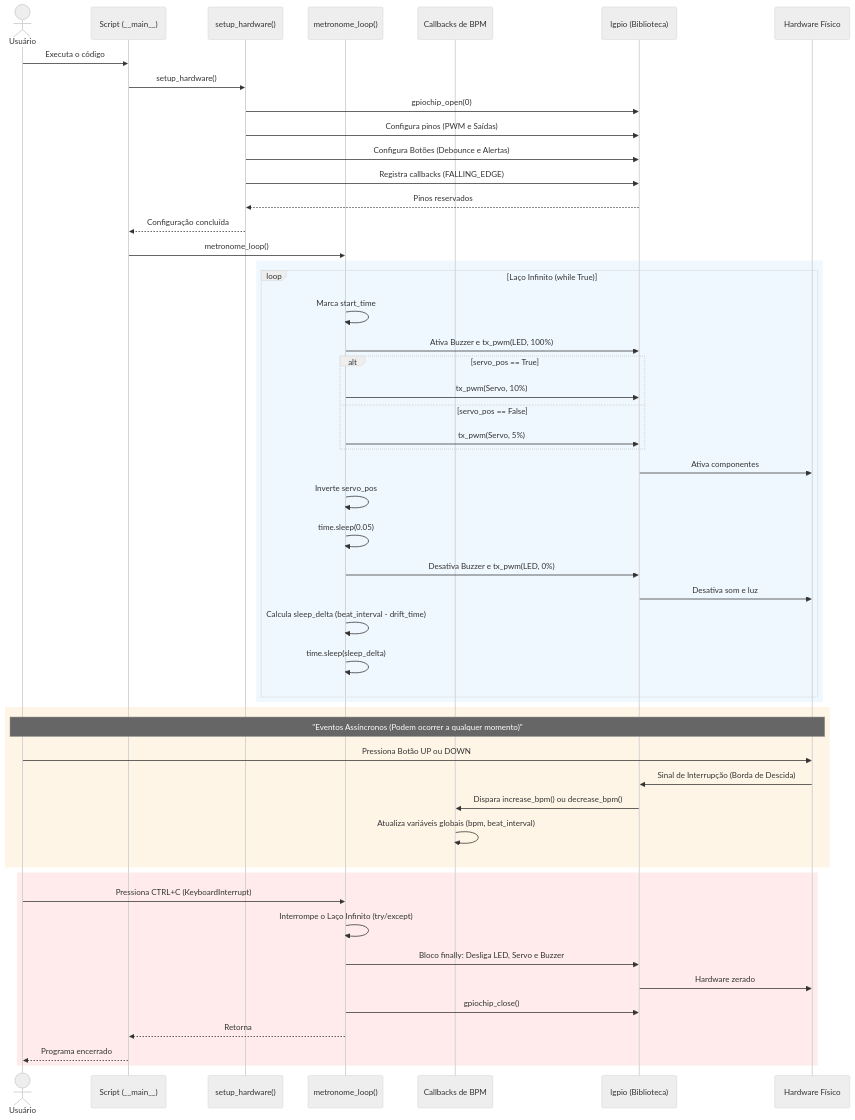
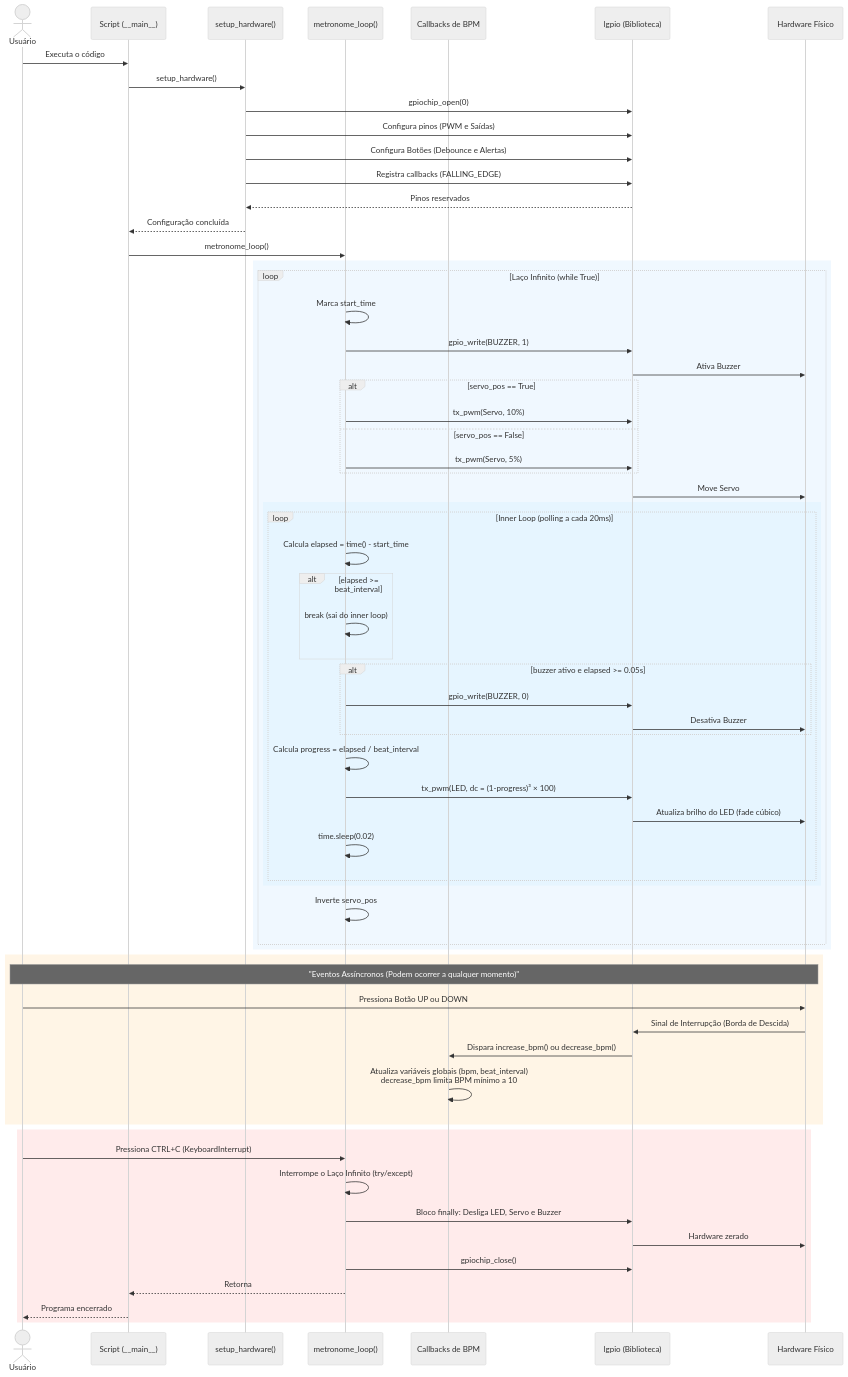
Before and after one commit to arturing/PCS3732-Group-W: the second of 2 diagrams in experimento7/readme.md, drawn with Mermaid (neutral theme). The commit also changed other lines of this file, not shown here.

Commit message:
Atualizar diagramas

````diff
--- a/experimento7/readme.md
+++ b/experimento7/readme.md
@@ -57,64 +62,76 @@
 ```mermaid
 sequenceDiagram
     actor Usuario as Usuário
     participant Main as Script (__main__)
     participant Setup as setup_hardware()
     participant MLoop as metronome_loop()
     participant Callback as Callbacks de BPM
     participant LGPIO as lgpio (Biblioteca)
     participant HW as Hardware Físico
 
     Usuario->>Main: Executa o código
     Main->>Setup: setup_hardware()
     Setup->>LGPIO: gpiochip_open(0)
     Setup->>LGPIO: Configura pinos (PWM e Saídas)
     Setup->>LGPIO: Configura Botões (Debounce e Alertas)
     Setup->>LGPIO: Registra callbacks (FALLING_EDGE)
     LGPIO-->>Setup: Pinos reservados
     Setup-->>Main: Configuração concluída
 
     Main->>MLoop: metronome_loop()
     
     rect rgb(240, 248, 255)
         loop Laço Infinito (while True)
             MLoop->>MLoop: Marca start_time
-            MLoop->>LGPIO: Ativa Buzzer e tx_pwm(LED, 100%)
+            MLoop->>LGPIO: gpio_write(BUZZER, 1)
+            LGPIO->>HW: Ativa Buzzer
             
             alt servo_pos == True
                 MLoop->>LGPIO: tx_pwm(Servo, 10%)
             else servo_pos == False
                 MLoop->>LGPIO: tx_pwm(Servo, 5%)
             end
             
-            LGPIO->>HW: Ativa componentes
+            LGPIO->>HW: Move Servo
+
+            rect rgb(230, 245, 255)
+                loop Inner Loop (polling a cada 20ms)
+                    MLoop->>MLoop: Calcula elapsed = time() - start_time
+                    alt elapsed >= beat_interval
+                        MLoop->>MLoop: break (sai do inner loop)
+                    end
+                    alt buzzer ativo e elapsed >= 0.05s
+                        MLoop->>LGPIO: gpio_write(BUZZER, 0)
+                        LGPIO->>HW: Desativa Buzzer
+                    end
+                    MLoop->>MLoop: Calcula progress = elapsed / beat_interval
+                    MLoop->>LGPIO: tx_pwm(LED, dc = (1-progress)³ × 100)
+                    LGPIO->>HW: Atualiza brilho do LED (fade cúbico)
+                    MLoop->>MLoop: time.sleep(0.02)
+                end
+            end
+
             MLoop->>MLoop: Inverte servo_pos
-            MLoop->>MLoop: time.sleep(0.05)
-            
-            MLoop->>LGPIO: Desativa Buzzer e tx_pwm(LED, 0%)
-            LGPIO->>HW: Desativa som e luz
-            
-            MLoop->>MLoop: Calcula sleep_delta (beat_interval - drift_time)
-            MLoop->>MLoop: time.sleep(sleep_delta)
         end
     end
 
     %% Eventos Assíncronos sobrepostos ao funcionamento
     rect rgb(255, 245, 230)
         note over Usuario, HW: "Eventos Assíncronos (Podem ocorrer a qualquer momento)"
         Usuario->>HW: Pressiona Botão UP ou DOWN
         HW->>LGPIO: Sinal de Interrupção (Borda de Descida)
         LGPIO->>Callback: Dispara increase_bpm() ou decrease_bpm()
-        Callback->>Callback: Atualiza variáveis globais (bpm, beat_interval)
+        Callback->>Callback: Atualiza variáveis globais (bpm, beat_interval)<br>decrease_bpm limita BPM mínimo a 10
     end
 
     %% Tratamento do encerramento
     rect rgb(255, 235, 235)
         Usuario->>MLoop: Pressiona CTRL+C (KeyboardInterrupt)
         MLoop->>MLoop: Interrompe o Laço Infinito (try/except)
         MLoop->>LGPIO: Bloco finally: Desliga LED, Servo e Buzzer
         LGPIO->>HW: Hardware zerado
         MLoop->>LGPIO: gpiochip_close()
         MLoop-->>Main: Retorna
         Main-->>Usuario: Programa encerrado
     end
 ```
````
